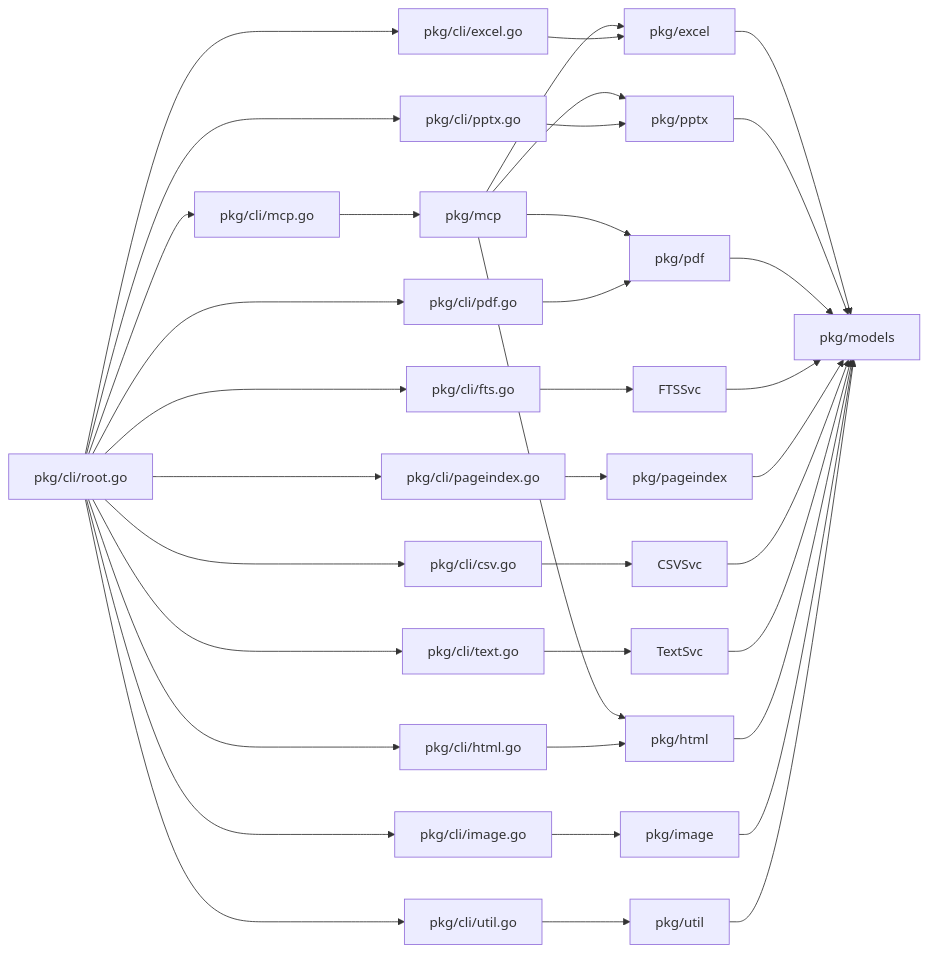
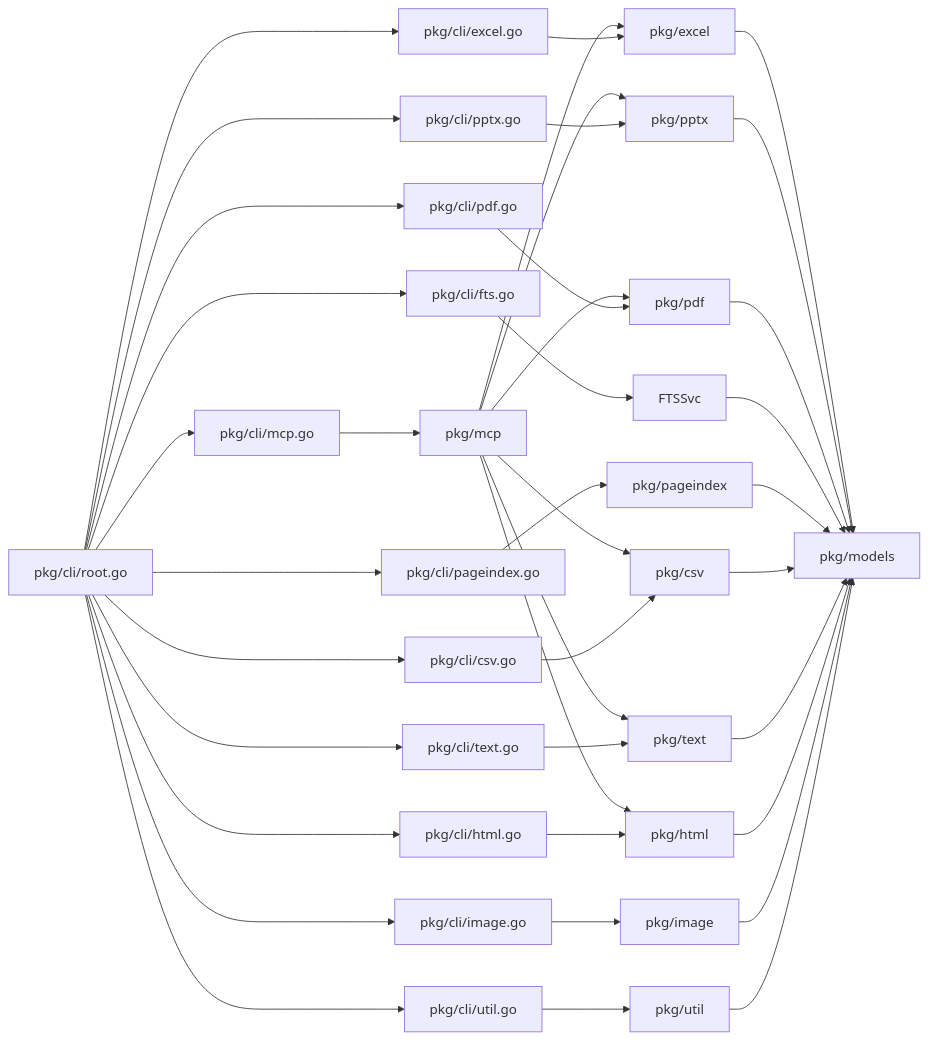
The fifth of 5 diagrams in doc/design.md (snaga/doctools-cli), drawn with Mermaid before and after one commit. The commit also changed other lines of this file and 5 other files, not shown here.

````diff
--- a/doc/design.md
+++ b/doc/design.md
@@ -528,33 +527,35 @@
 ```mermaid
 graph LR
     RootCmd["pkg/cli/root.go"] --> ExcelCmd["pkg/cli/excel.go"]
     RootCmd --> PPTXCmd["pkg/cli/pptx.go"]
     RootCmd --> PDFCmd["pkg/cli/pdf.go"]
     RootCmd --> FTSCmd["pkg/cli/fts.go"]
     RootCmd --> PICmd["pkg/cli/pageindex.go"]
     RootCmd --> CSVCmd["pkg/cli/csv.go"]
     RootCmd --> TextCmd["pkg/cli/text.go"]
     RootCmd --> HTMLCmd["pkg/cli/html.go"]
     RootCmd --> ImageCmd["pkg/cli/image.go"]
     RootCmd --> UtilCmd["pkg/cli/util.go"]
     RootCmd --> MCPCmd["pkg/cli/mcp.go"]
     
     MCPCmd --> MCPSvc["pkg/mcp"]
     MCPSvc --> ExcelSvc["pkg/excel"]
     MCPSvc --> PPTXSvc["pkg/pptx"]
     MCPSvc --> PDFSvc["pkg/pdf"]
     MCPSvc --> HTMLSvc["pkg/html"]
+    MCPSvc --> CSVSvc["pkg/csv"]
+    MCPSvc --> TextSvc["pkg/text"]
 
     ExcelCmd --> ExcelSvc
     PPTXCmd --> PPTXSvc
     PDFCmd --> PDFSvc
     FTSCmd --> FTSSvc
     PICmd --> PISvc["pkg/pageindex"]
     CSVCmd --> CSVSvc
     TextCmd --> TextSvc
     HTMLCmd --> HTMLSvc
     ImageCmd --> ImageSvc["pkg/image"]
     UtilCmd --> UtilSvc["pkg/util"]
 
     ExcelSvc & PPTXSvc & PDFSvc & FTSSvc & PISvc & CSVSvc & TextSvc & HTMLSvc & ImageSvc & UtilSvc --> ModelsPkg["pkg/models"]
 ```
````
